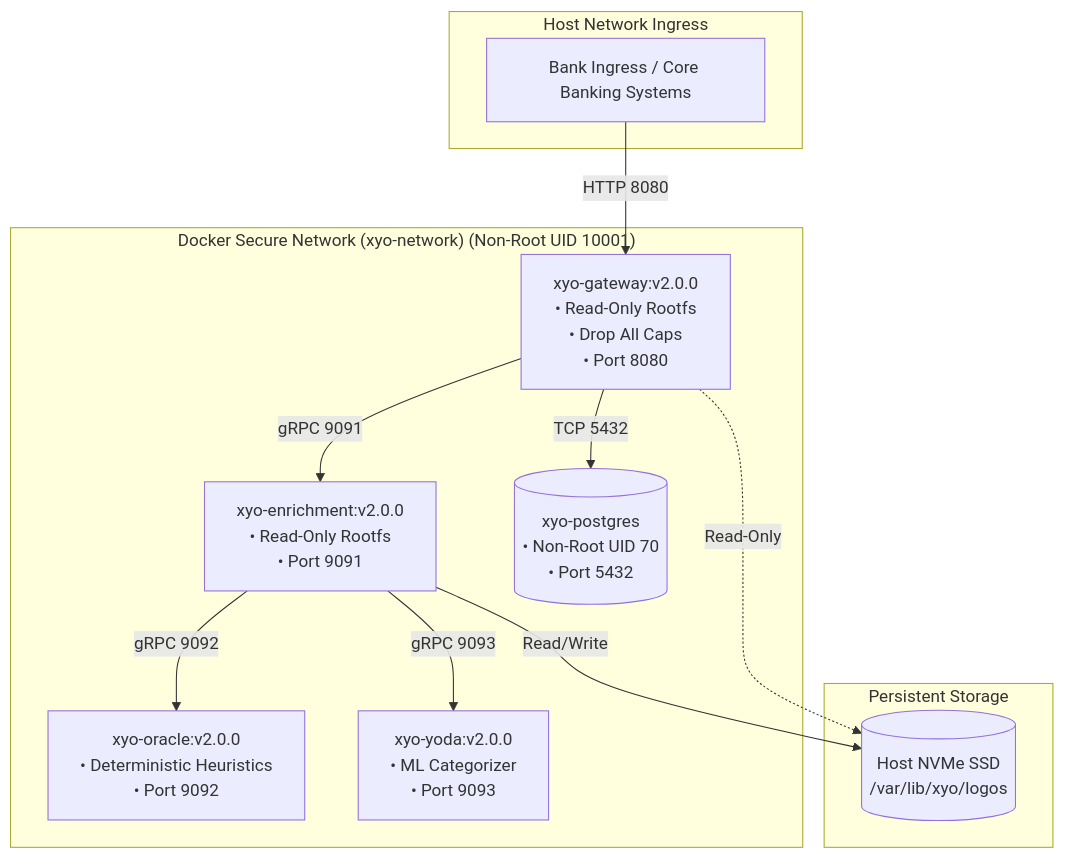
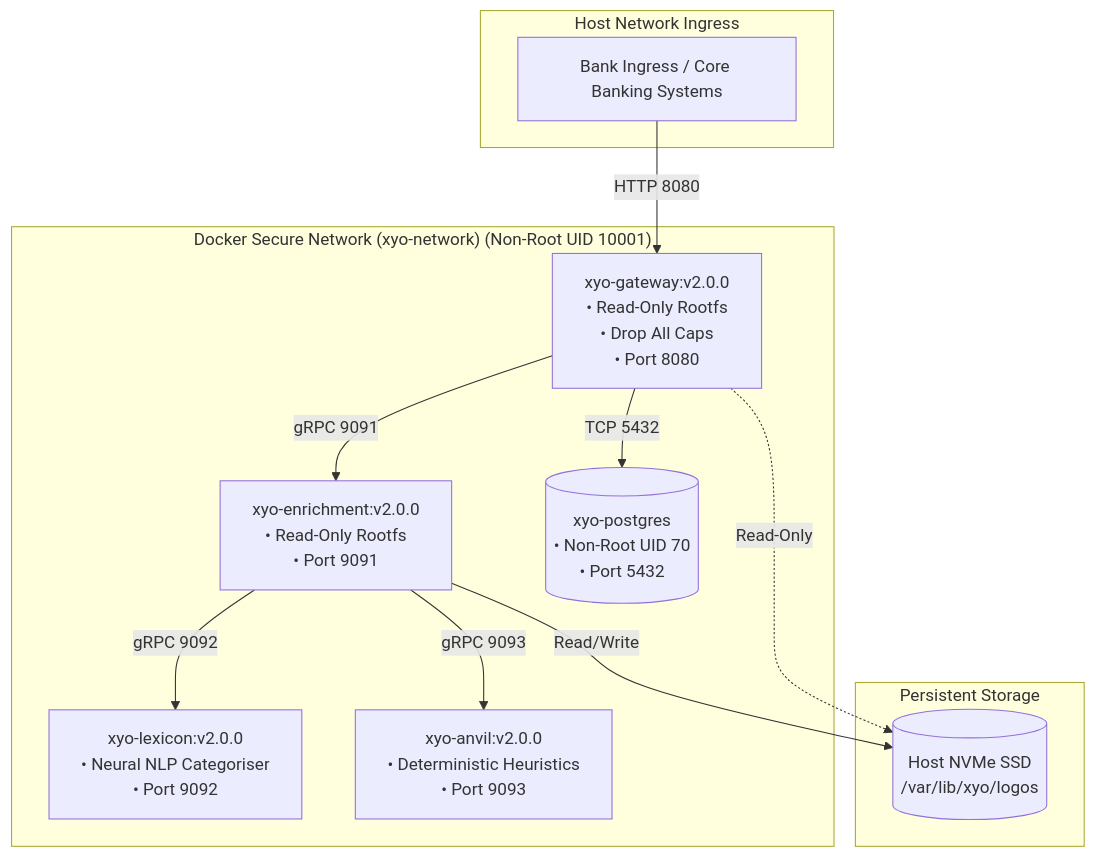
Before and after one commit to xyo-financial/xyo-financial: the diagram in onboarding/enterprise-gov/docker/README.md, drawn with Mermaid. The commit also changed other lines of this file and 17 other files, not shown here.

````diff
--- a/onboarding/enterprise-gov/docker/README.md
+++ b/onboarding/enterprise-gov/docker/README.md
@@ -33,26 +33,26 @@
 ```mermaid
 flowchart TD
     subgraph IngressNet ["Host Network Ingress"]
         Client["Bank Ingress / Core Banking Systems"]
     end
 
     subgraph DockerNet ["Docker Secure Network (xyo-network) (Non-Root UID 10001)"]
         Gateway["xyo-gateway:v2.0.0<br/>• Read-Only Rootfs<br/>• Drop All Caps<br/>• Port 8080"]
         Enrichment["xyo-enrichment:v2.0.0<br/>• Read-Only Rootfs<br/>• Port 9091"]
-        Oracle["xyo-oracle:v2.0.0<br/>• Deterministic Heuristics<br/>• Port 9092"]
-        Yoda["xyo-yoda:v2.0.0<br/>• ML Categorizer<br/>• Port 9093"]
+        Lexicon["xyo-lexicon:v2.0.0<br/>• Neural NLP Categoriser<br/>• Port 9092"]
+        Anvil["xyo-anvil:v2.0.0<br/>• Deterministic Heuristics<br/>• Port 9093"]
         DB[("xyo-postgres<br/>• Non-Root UID 70<br/>• Port 5432")]
     end
 
     subgraph StorageNet ["Persistent Storage"]
         SSD[("Host NVMe SSD<br/>/var/lib/xyo/logos")]
     end
 
     Client -->|"HTTP 8080"| Gateway
     Gateway -->|"gRPC 9091"| Enrichment
     Gateway -->|"TCP 5432"| DB
-    Enrichment -->|"gRPC 9092"| Oracle
-    Enrichment -->|"gRPC 9093"| Yoda
+    Enrichment -->|"gRPC 9092"| Lexicon
+    Enrichment -->|"gRPC 9093"| Anvil
     Enrichment -->|"Read/Write"| SSD
     Gateway -.->|"Read-Only"| SSD
 ```
````
